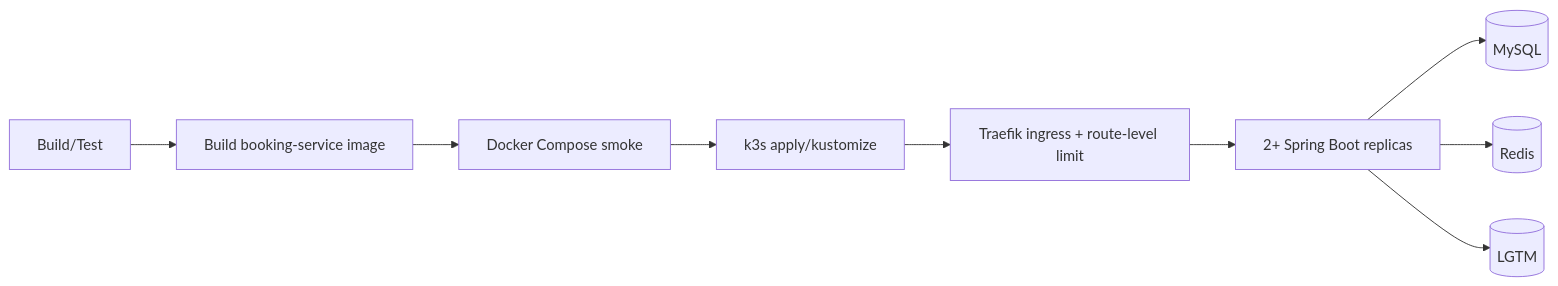
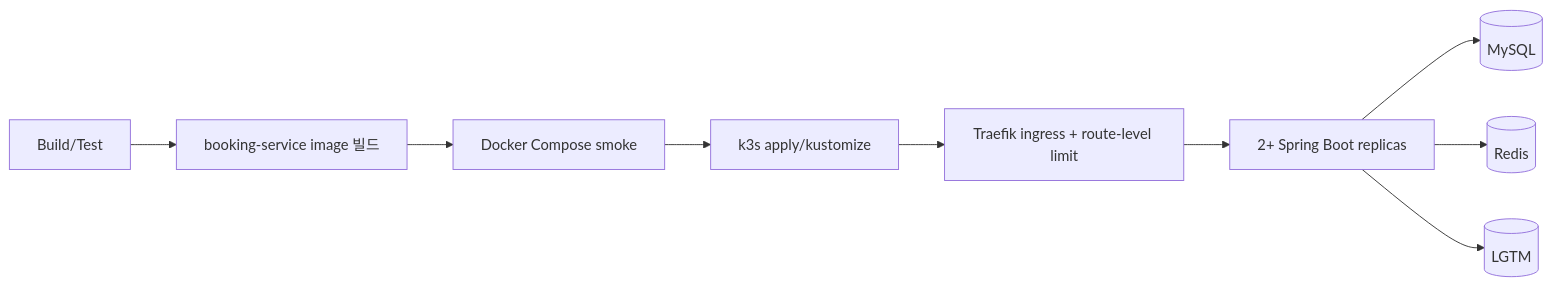
Before and after one commit to lsh1215/peak-booking-system: the fifth of 5 diagrams in docs/system-design/sdd.md, drawn with Mermaid. The commit also changed other lines of this file and 5 other files, not shown here.

````diff
--- a/docs/system-design/sdd.md
+++ b/docs/system-design/sdd.md
@@ -498,11 +498,11 @@
 ```mermaid
 flowchart LR
-    Dev[Build/Test] --> Image[Build booking-service image]
+    Dev[Build/Test] --> Image[booking-service image 빌드]
     Image --> Local[Docker Compose smoke]
     Local --> K3s[k3s apply/kustomize]
     K3s --> Traefik[Traefik ingress + route-level limit]
     Traefik --> Replicas[2+ Spring Boot replicas]
     Replicas --> MySQL[(MySQL)]
     Replicas --> Redis[(Redis)]
     Replicas --> LGTM[(LGTM)]
 ```
````
